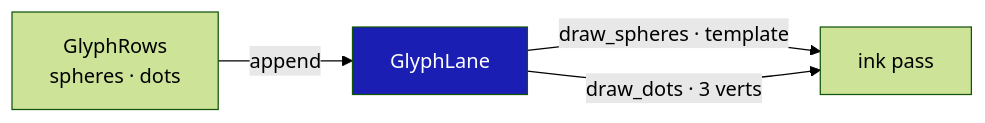
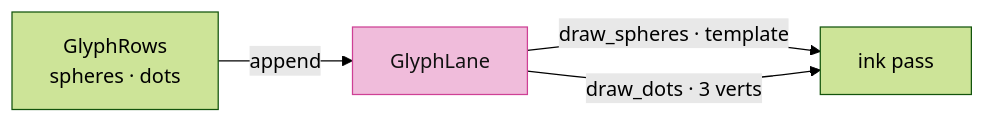
The third of 6 diagrams in session_viewer/docs/04c-markers.md (petrasvestartas/session), drawn with Mermaid (forest theme) before and after one commit. The commit also changed other lines of this file and 23 other files, not shown here.

Commit message:
Course: Mermaid nodes white with black text, highlighted nodes pink, white arrows and edge labels on the black ground

````diff
--- a/session_viewer/docs/04c-markers.md
+++ b/session_viewer/docs/04c-markers.md
@@ -47,7 +47,7 @@
 ```mermaid
 flowchart LR
     GR["GlyphRows<br/>spheres · dots"] -- "append" --> GL["GlyphLane"]
     GL -- "draw_spheres · template" --> P["ink pass"]
     GL -- "draw_dots · 3 verts" --> P
-    style GL fill:#1a1eb2,color:#fff
+    style GL fill:#f0bcdb,stroke:#ce4095,color:#111
 ```
````
